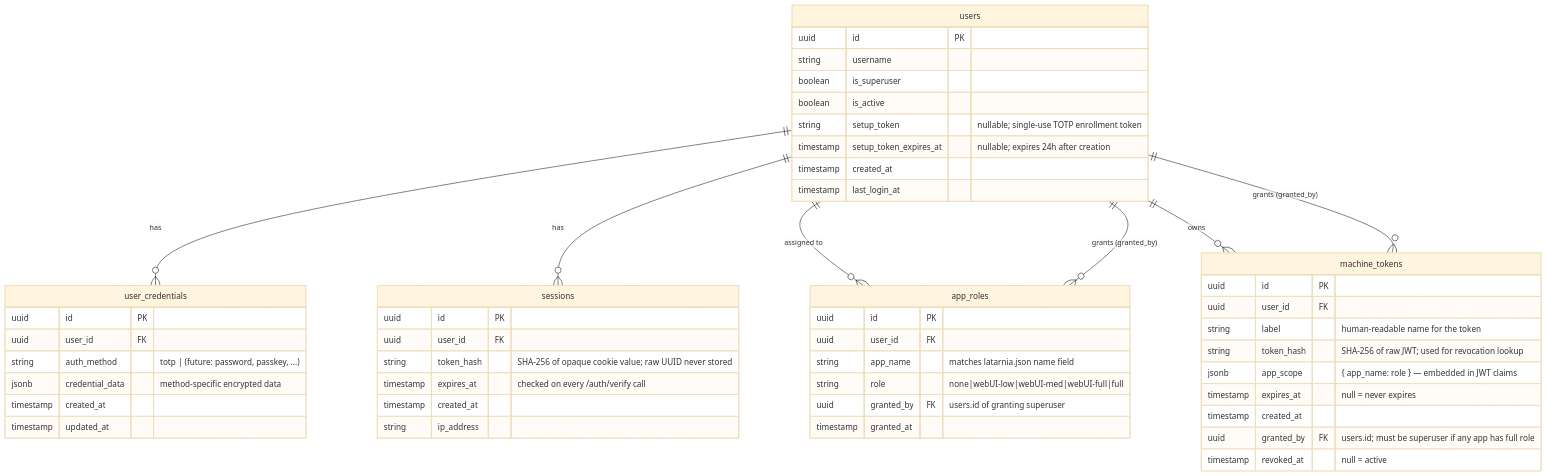
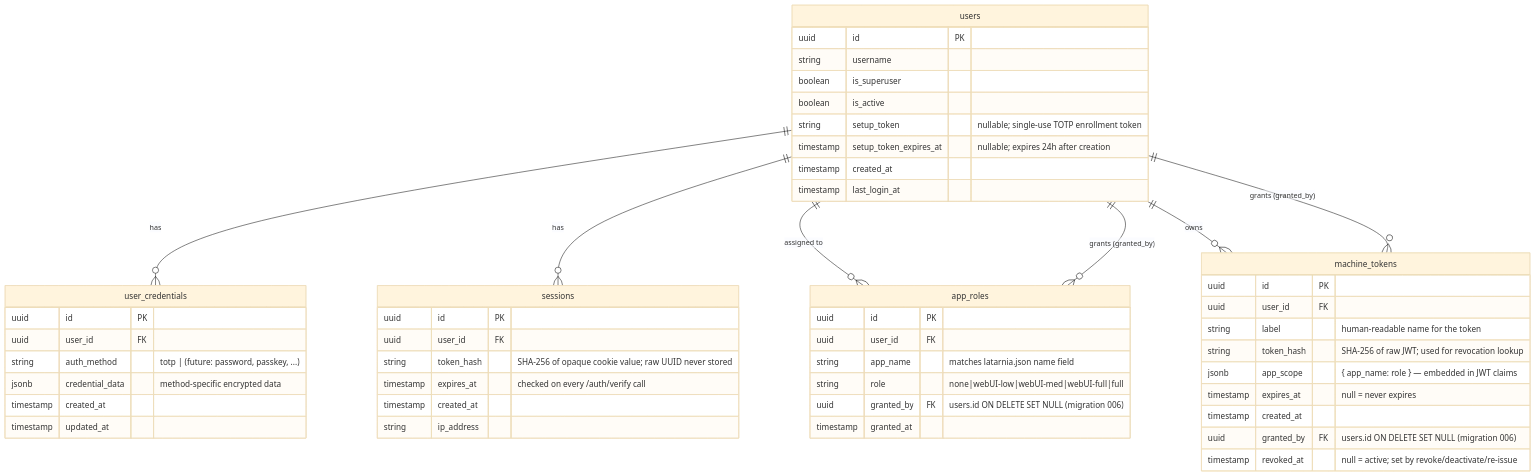
Before and after one commit to felipe-stanham/Latarnia: the fifth of 7 diagrams in docs/System/dataModel.md, drawn with Mermaid (base theme). The commit also changed other lines of this file and 4 other files, not shown here.

````diff
--- a/docs/System/dataModel.md
+++ b/docs/System/dataModel.md
@@ -252,59 +252,59 @@
 ```mermaid
 erDiagram
     users {
         uuid id PK
         string username
         boolean is_superuser
         boolean is_active
         string setup_token "nullable; single-use TOTP enrollment token"
         timestamp setup_token_expires_at "nullable; expires 24h after creation"
         timestamp created_at
         timestamp last_login_at
     }
 
     user_credentials {
         uuid id PK
         uuid user_id FK
         string auth_method "totp | (future: password, passkey, ...)"
         jsonb credential_data "method-specific encrypted data"
         timestamp created_at
         timestamp updated_at
     }
 
     sessions {
         uuid id PK
         uuid user_id FK
         string token_hash "SHA-256 of opaque cookie value; raw UUID never stored"
         timestamp expires_at "checked on every /auth/verify call"
         timestamp created_at
         string ip_address
     }
 
     app_roles {
         uuid id PK
         uuid user_id FK
         string app_name "matches latarnia.json name field"
         string role "none|webUI-low|webUI-med|webUI-full|full"
-        uuid granted_by FK "users.id of granting superuser"
+        uuid granted_by FK "users.id ON DELETE SET NULL (migration 006)"
         timestamp granted_at
     }
 
     machine_tokens {
         uuid id PK
         uuid user_id FK
         string label "human-readable name for the token"
         string token_hash "SHA-256 of raw JWT; used for revocation lookup"
         jsonb app_scope "{ app_name: role } — embedded in JWT claims"
         timestamp expires_at "null = never expires"
         timestamp created_at
-        uuid granted_by FK "users.id; must be superuser if any app has full role"
-        timestamp revoked_at "null = active"
+        uuid granted_by FK "users.id ON DELETE SET NULL (migration 006)"
+        timestamp revoked_at "null = active; set by revoke/deactivate/re-issue"
     }
 
     users ||--o{ user_credentials : "has"
     users ||--o{ sessions : "has"
     users ||--o{ app_roles : "assigned to"
     users ||--o{ machine_tokens : "owns"
     users ||--o{ app_roles : "grants (granted_by)"
     users ||--o{ machine_tokens : "grants (granted_by)"
 ```
````
